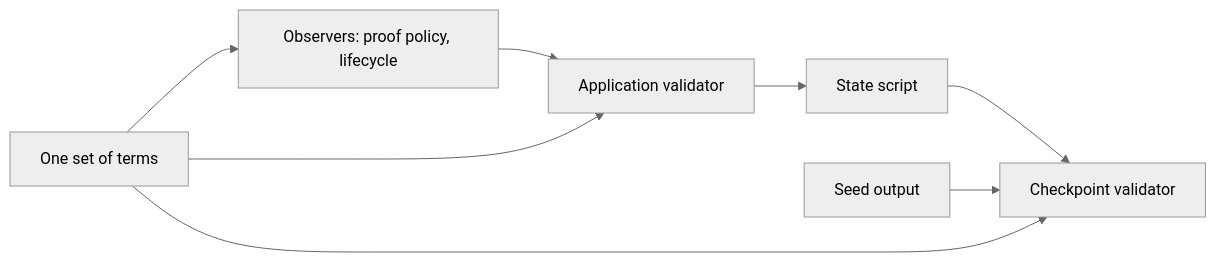
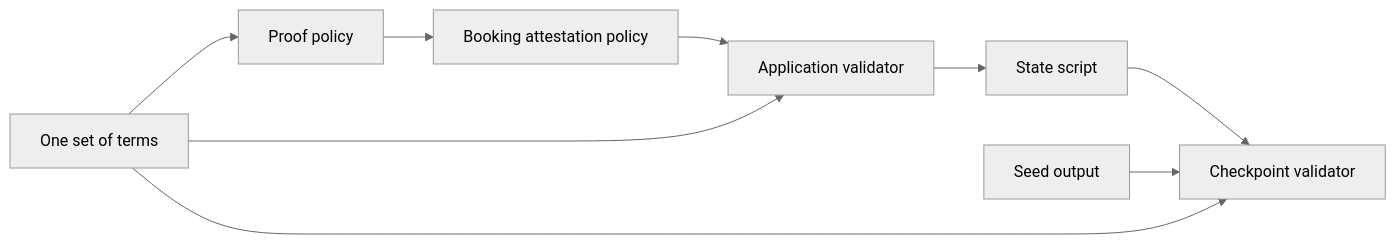
Before and after one commit to lambdasistemi/cardano-keri: the diagram in docs/architecture/registry-identities.md, drawn with Mermaid (neutral theme). The commit also changed other lines of this file and 77 other files, not shown here.

````diff
--- a/docs/architecture/registry-identities.md
+++ b/docs/architecture/registry-identities.md
@@ -94,10 +96,11 @@
 ```mermaid
 flowchart LR
-  T[One set of terms] --> O[Observers: proof policy, lifecycle]
-  O --> A[Application validator]
+  T[One set of terms] --> O[Proof policy]
+  O --> B[Booking attestation policy]
+  B --> A[Application validator]
   T --> A
   A --> S[State script]
   S --> C[Checkpoint validator]
   Seed[Seed output] --> C
   T --> C
 ```
````
